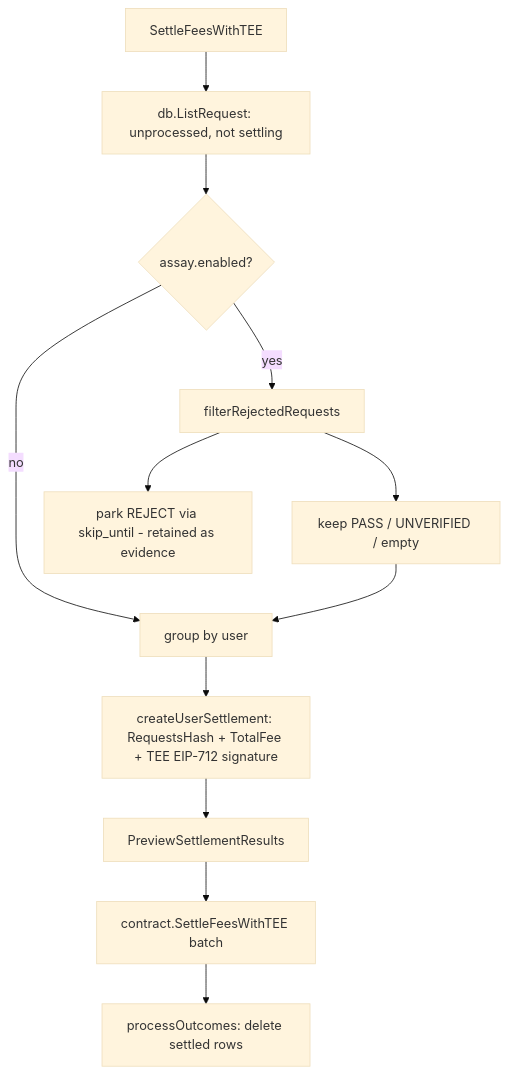
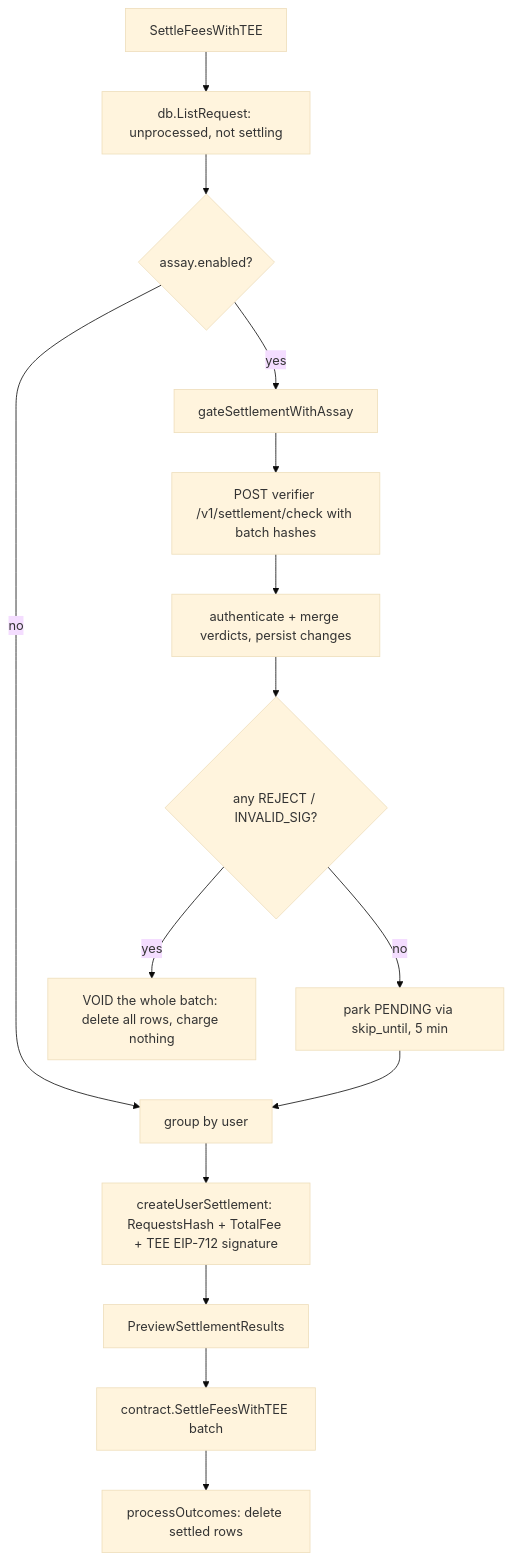
The fourth of 4 diagrams in docs/design/assay-verification-settlement.md (0gfoundation/0g-serving-broker), drawn with Mermaid (base theme) before and after one commit. The commit also changed other lines of this file and 9 other files, not shown here.

First line of the commit message:
inference: async verdict settlement gate — /v1/settlement/check + batch void on cheat

````diff
--- a/docs/design/assay-verification-settlement.md
+++ b/docs/design/assay-verification-settlement.md
@@ -238,14 +252,17 @@
 ```mermaid
 flowchart TD
     A[SettleFeesWithTEE] --> B[db.ListRequest: unprocessed, not settling]
     B --> C{assay.enabled?}
     C -- no --> E[group by user]
-    C -- yes --> D[filterRejectedRequests]
-    D --> D1[keep PASS / UNVERIFIED / empty]
-    D --> D2[park REJECT via skip_until - retained as evidence]
-    D1 --> E
+    C -- yes --> D[gateSettlementWithAssay]
+    D --> D0[POST verifier /v1/settlement/check with batch hashes]
+    D0 --> D1[authenticate + merge verdicts, persist changes]
+    D1 --> X{any REJECT / INVALID_SIG?}
+    X -- yes --> V[VOID the whole batch: delete all rows, charge nothing]
+    X -- no --> P[park PENDING via skip_until, 5 min]
+    P --> E
     E --> F[createUserSettlement: RequestsHash + TotalFee + TEE EIP-712 signature]
     F --> G[PreviewSettlementResults]
     G --> H[contract.SettleFeesWithTEE batch]
     H --> I[processOutcomes: delete settled rows]
 ```
````
